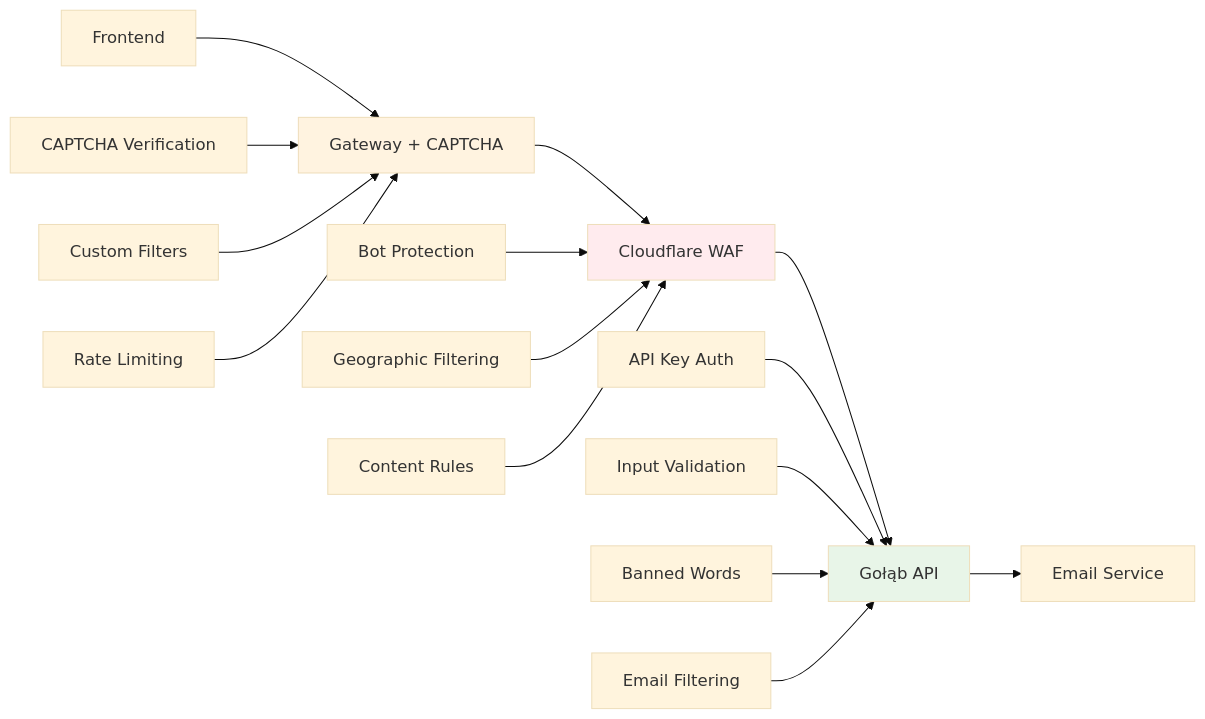
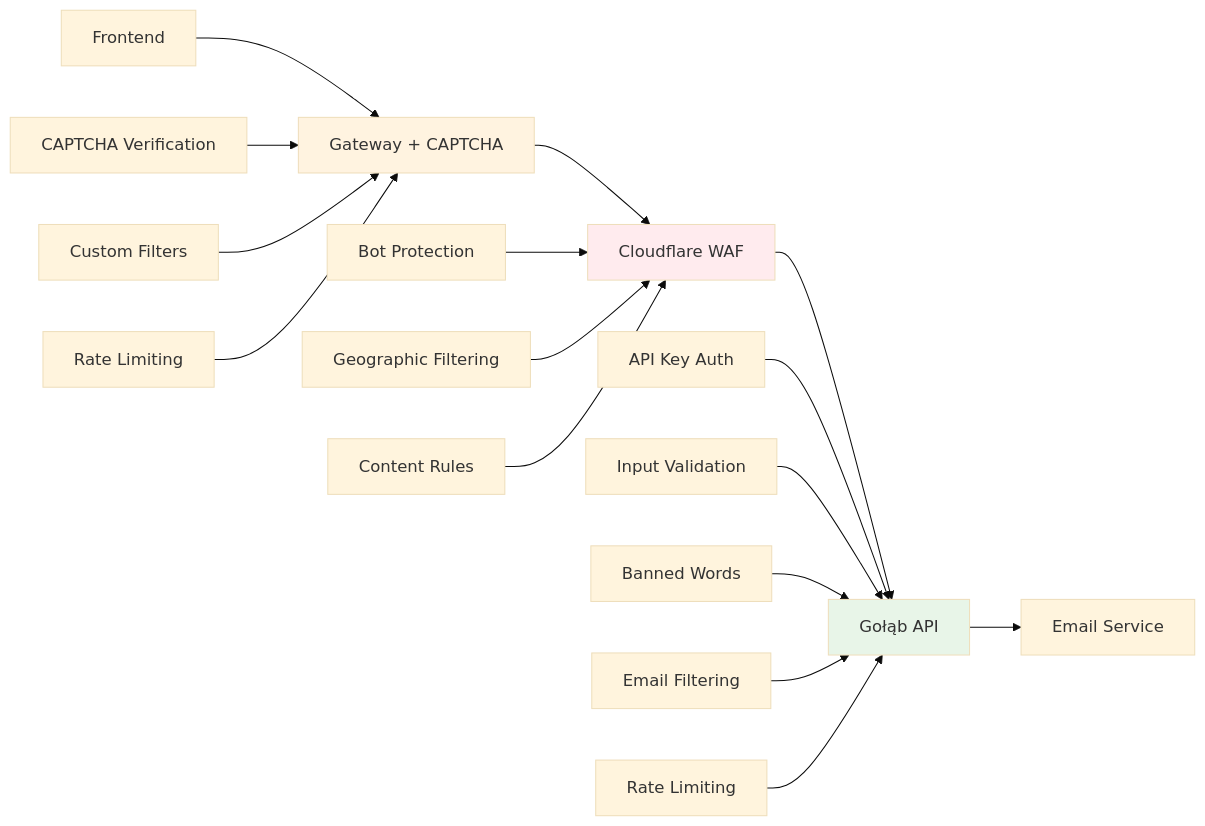
The second of 3 diagrams in README.md (Hukasx0/golab), drawn with Mermaid (base theme) before and after one commit. The commit also changed other lines of this file and 8 other files, not shown here.

Commit message:
feat: add comprehensive rate limiting with Upstash Redis

````diff
--- a/README.md
+++ b/README.md
@@ -57,24 +66,25 @@
 ```mermaid
 graph LR
     A[Frontend] --> B[Gateway + CAPTCHA]
     B --> C[Cloudflare WAF]
     C --> D[Gołąb API]
     D --> E[Email Service]
     
     B1[CAPTCHA Verification] --> B
     B2[Custom Filters] --> B
     B3[Rate Limiting] --> B
     
     C1[Bot Protection] --> C
     C2[Geographic Filtering] --> C
     C3[Content Rules] --> C
     
     D1[API Key Auth] --> D
     D2[Input Validation] --> D
     D3[Banned Words] --> D
     D4[Email Filtering] --> D
+    D5[Rate Limiting] --> D
     
     style B fill:#fff3e0
     style C fill:#ffebee
     style D fill:#e8f5e8
 ```
````
